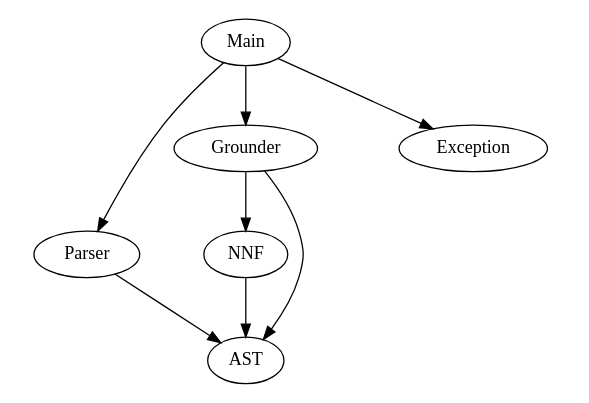
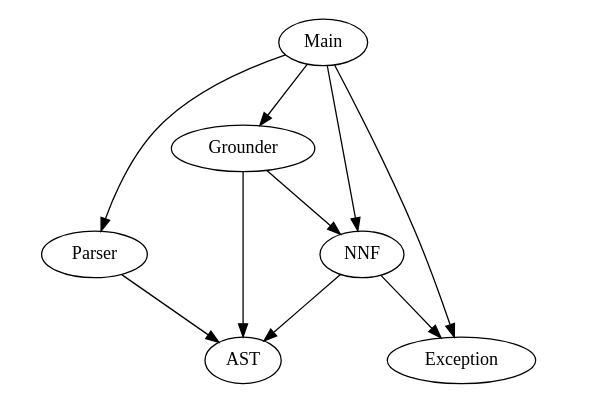
The diagram in dependencies.dot (SteffenMichels/IHPMC), drawn with Graphviz before and after one commit. The commit also changed 6 other files, not shown here.

```diff
--- a/dependencies.dot
+++ b/dependencies.dot
@@ -1,18 +1,20 @@
 digraph G {
 size="6,4";
 ratio="fill";
 u5[label="Parser"];
 u4[label="NNF"];
 u3[label="Main"];
 u2[label="Grounder"];
 u1[label="Exception"];
 u0[label="AST"];
 u2 -> u0;
 u2 -> u4;
 u3 -> u1;
 u3 -> u2;
+u3 -> u4;
 u3 -> u5;
 u4 -> u0;
+u4 -> u1;
 u5 -> u0;
 
 }
```
